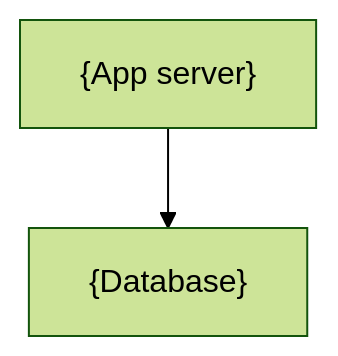
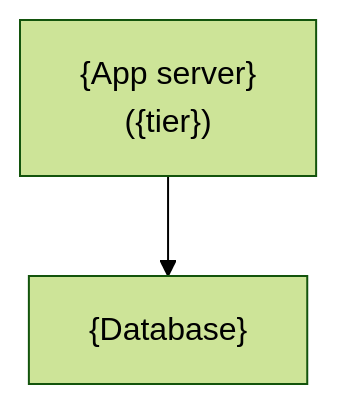
Before and after one commit to cloudvoyant/codevoyant: the first of 2 diagrams in skills/docs/references/templates/architecture.md, drawn with Mermaid (forest theme). The commit also changed other lines of this file and 40 other files, not shown here.

````diff
--- a/skills/docs/references/templates/architecture.md
+++ b/skills/docs/references/templates/architecture.md
@@ -38,4 +38,4 @@
 ```mermaid
 graph TD
-    App["{App server}"] --> DB["{Database}"]
+    App["{App server}<br/>({tier})"] --> DB["{Database}"]
 ```
````
